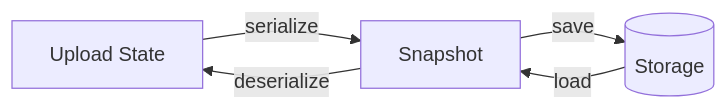
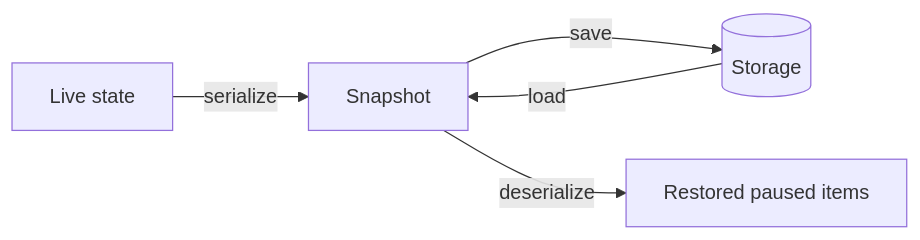
One commit to gentleeduck/ui changed the diagram in apps/duck/.gentleduck/_llm/duck-upload/core/persistence.md. Above: the diagram before and after it, drawn with Mermaid. The commit also changed other lines of this file and 57 other files, not shown here.

````diff
--- a/apps/duck/.gentleduck/_llm/duck-upload/core/persistence.md
+++ b/apps/duck/.gentleduck/_llm/duck-upload/core/persistence.md
@@ -7,7 +77,7 @@
 ```mermaid
 flowchart LR
-  A[Upload State] -->|serialize| B[Snapshot]
+  A[Live state] -->|serialize| B[Snapshot]
   B -->|save| C[(Storage)]
   C -->|load| B
-  B -->|deserialize| A
+  B -->|deserialize| D[Restored paused items]
 ```
````
